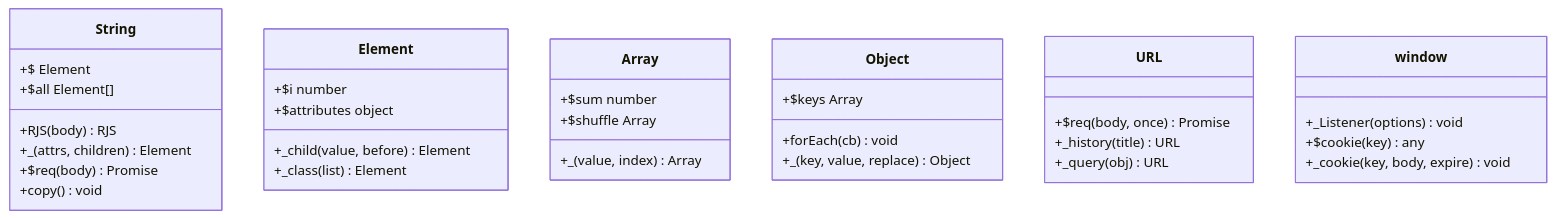
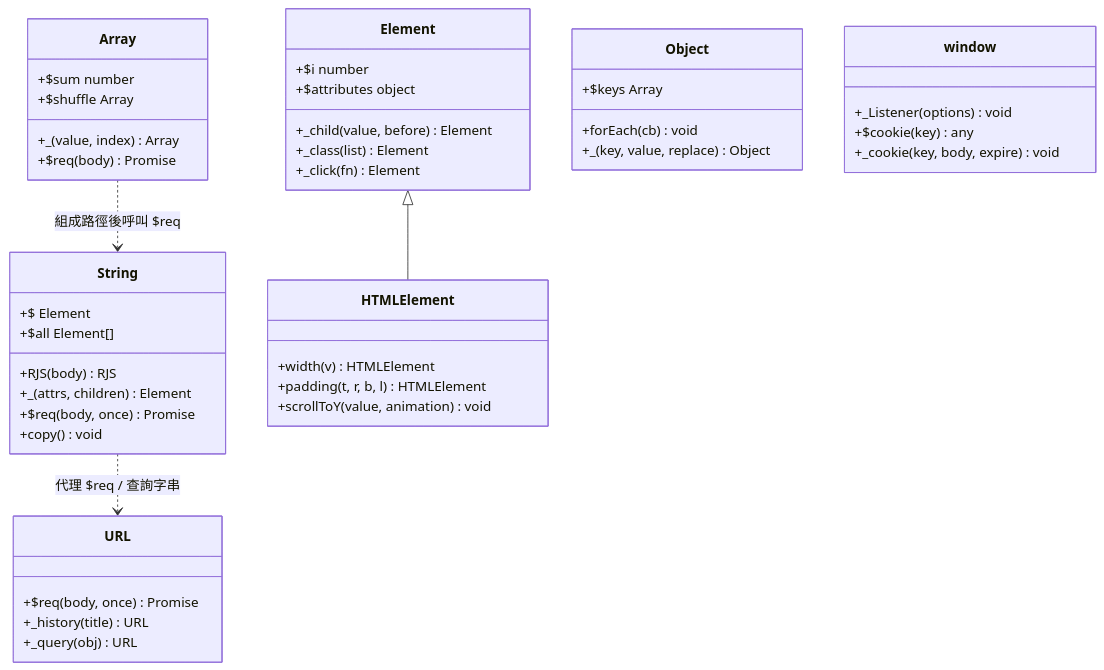
One commit to pardnio/RenderJS changed the fifth of 7 diagrams in doc/architecture.zh.md. Above: the diagram before and after it, drawn with Mermaid. The commit also changed other lines of this file and 8 other files, not shown here.

````diff
--- a/doc/architecture.zh.md
+++ b/doc/architecture.zh.md
@@ -57,37 +85,47 @@
 ```mermaid
 classDiagram
     class String {
         +RJS(body) RJS
         +_(attrs, children) Element
         +$ Element
         +$all Element[]
-        +$req(body) Promise
+        +$req(body, once) Promise
         +copy() void
     }
     class Element {
         +_child(value, before) Element
         +_class(list) Element
+        +_click(fn) Element
         +$i number
         +$attributes object
+    }
+    class HTMLElement {
+        +width(v) HTMLElement
+        +padding(t, r, b, l) HTMLElement
+        +scrollToY(value, animation) void
     }
     class Array {
         +$sum number
         +$shuffle Array
         +_(value, index) Array
+        +$req(body) Promise
     }
     class Object {
         +forEach(cb) void
         +$keys Array
         +_(key, value, replace) Object
     }
     class URL {
         +$req(body, once) Promise
         +_history(title) URL
         +_query(obj) URL
     }
     class window {
         +_Listener(options) void
         +$cookie(key) any
         +_cookie(key, body, expire) void
     }
+    String ..> URL : 代理 $req / 查詢字串
+    Array ..> String : 組成路徑後呼叫 $req
+    Element <|-- HTMLElement
 ```
````
